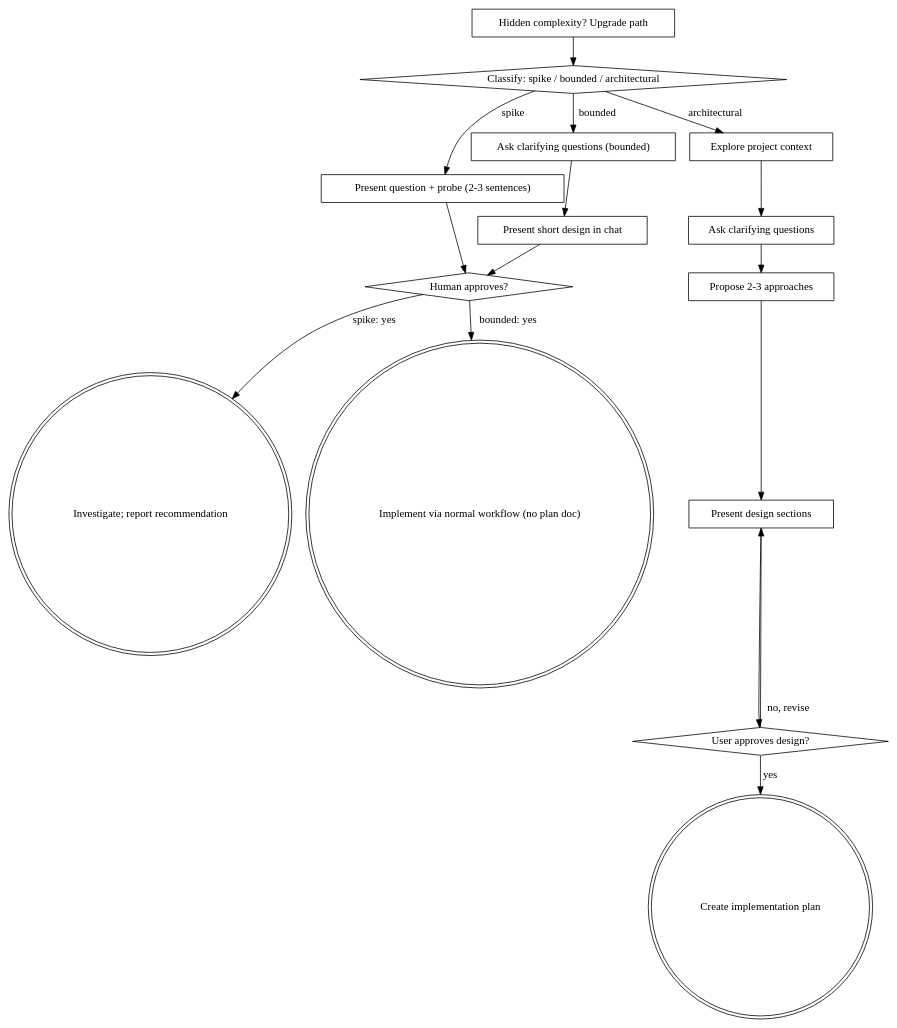
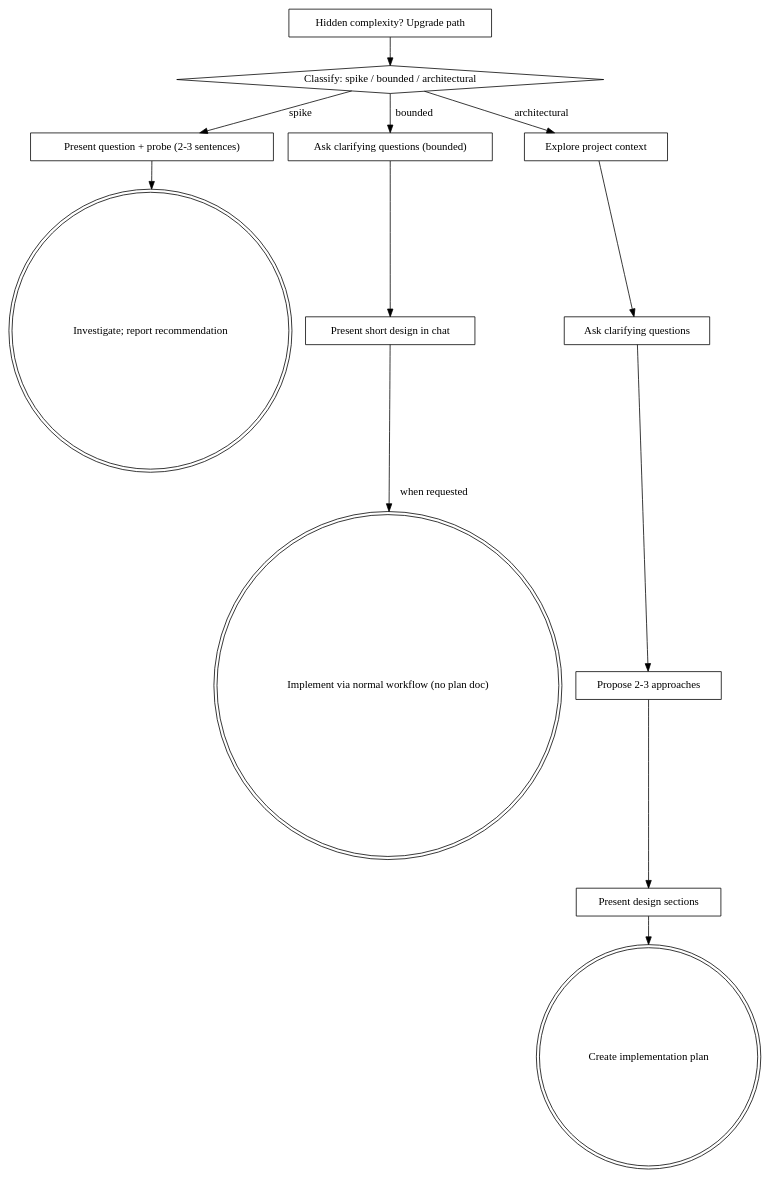
The diagram in skills/brainstorming-simple/SKILL.md (vowdemon/skills), drawn with Graphviz before and after one commit. The commit also changed other lines of this file and 15 other files, not shown here.

````diff
--- a/skills/brainstorming-simple/SKILL.md
+++ b/skills/brainstorming-simple/SKILL.md
@@ -103,33 +90,27 @@
 ```dot
 digraph brainstorming {
     "Classify: spike / bounded / architectural" [shape=diamond];
     "Present question + probe (2-3 sentences)" [shape=box];
     "Ask clarifying questions (bounded)" [shape=box];
     "Present short design in chat" [shape=box];
-    "Human approves?" [shape=diamond];
     "Investigate; report recommendation" [shape=doublecircle];
     "Implement via normal workflow (no plan doc)" [shape=doublecircle];
     "Explore project context" [shape=box];
     "Ask clarifying questions" [shape=box];
     "Propose 2-3 approaches" [shape=box];
     "Present design sections" [shape=box];
-    "User approves design?" [shape=diamond];
     "Create implementation plan" [shape=doublecircle];
     "Hidden complexity? Upgrade path" [shape=box];
     "Classify: spike / bounded / architectural" -> "Present question + probe (2-3 sentences)" [label="spike"];
     "Classify: spike / bounded / architectural" -> "Ask clarifying questions (bounded)" [label="bounded"];
     "Classify: spike / bounded / architectural" -> "Explore project context" [label="architectural"];
-    "Present question + probe (2-3 sentences)" -> "Human approves?";
+    "Present question + probe (2-3 sentences)" -> "Investigate; report recommendation";
     "Ask clarifying questions (bounded)" -> "Present short design in chat";
-    "Present short design in chat" -> "Human approves?";
-    "Human approves?" -> "Investigate; report recommendation" [label="spike: yes"];
-    "Human approves?" -> "Implement via normal workflow (no plan doc)" [label="bounded: yes"];
+    "Present short design in chat" -> "Implement via normal workflow (no plan doc)" [label="when requested"];
     "Hidden complexity? Upgrade path" -> "Classify: spike / bounded / architectural";
     "Explore project context" -> "Ask clarifying questions";
     "Ask clarifying questions" -> "Propose 2-3 approaches";
     "Propose 2-3 approaches" -> "Present design sections";
-    "Present design sections" -> "User approves design?";
-    "User approves design?" -> "Present design sections" [label="no, revise"];
-    "User approves design?" -> "Create implementation plan" [label="yes"];
+    "Present design sections" -> "Create implementation plan";
 }
 ```
````
